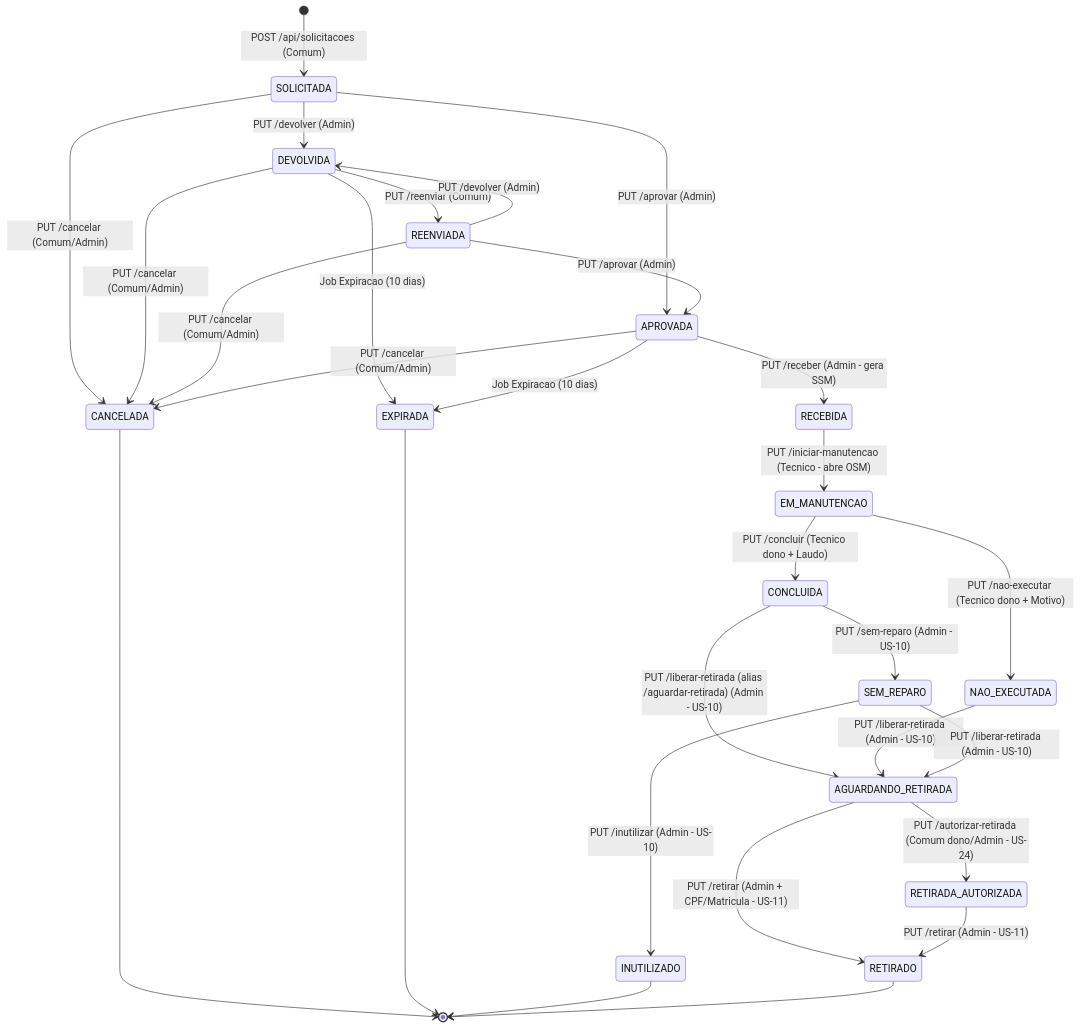
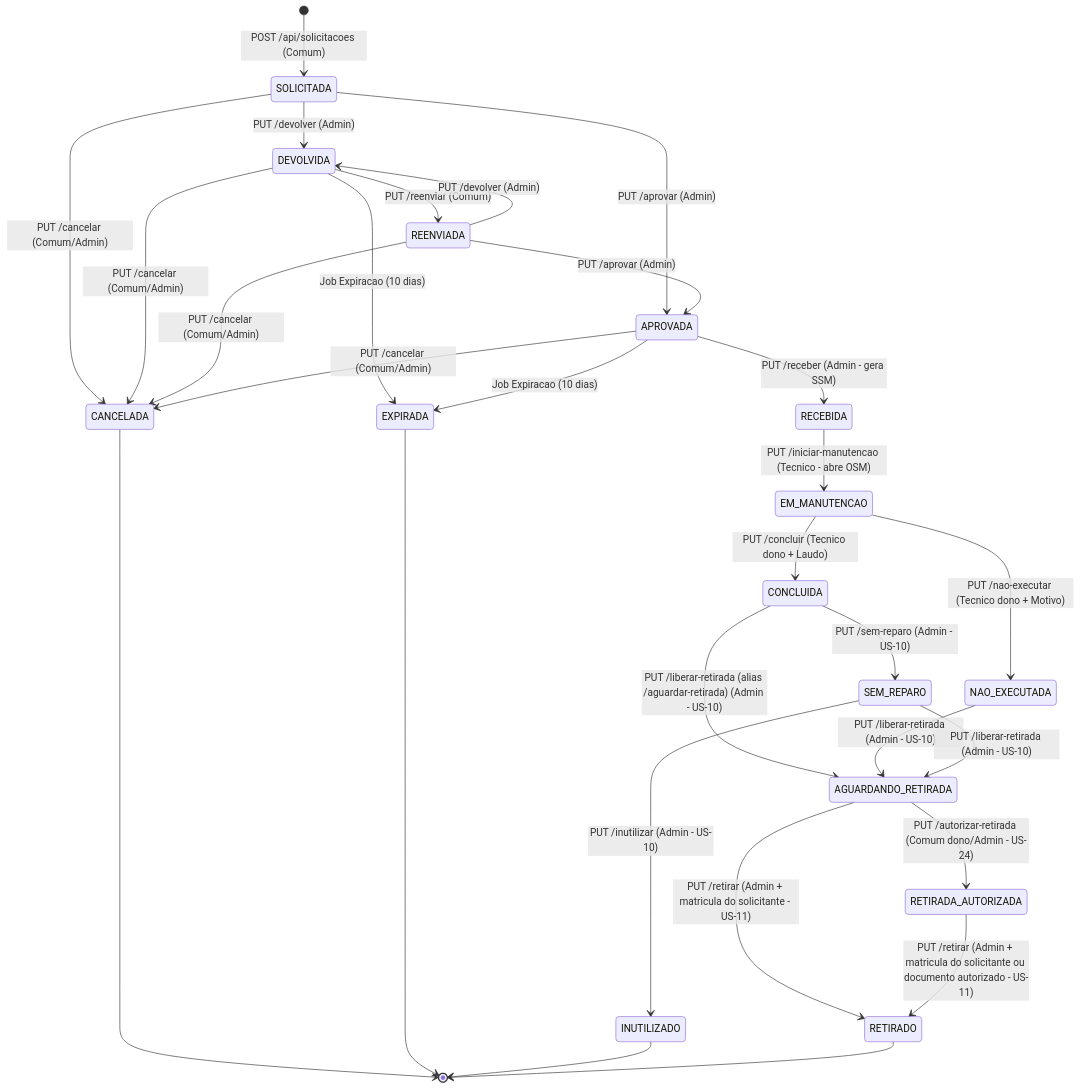
One commit to D-Franca-Almeida/PROJ_II_SISTEMA_DE_MANUTENCAO_BACKEND changed the diagram in README.md. Above: the diagram before and after it, drawn with Mermaid. The commit also changed other lines of this file, not shown here.

Commit message:
CPTM-19: review - README (retirar: matricula do solicitante/documento autorizado no diagrama e na tabela, contract.md sem link quebrado, credencial Comum, recriacao do banco em Development)

````diff
--- a/README.md
+++ b/README.md
@@ -28,40 +28,40 @@
 ```mermaid
 stateDiagram-v2
     [*] --> SOLICITADA : POST /api/solicitacoes (Comum)
     SOLICITADA --> APROVADA : PUT /aprovar (Admin)
     SOLICITADA --> DEVOLVIDA : PUT /devolver (Admin)
     SOLICITADA --> CANCELADA : PUT /cancelar (Comum/Admin)
 
     DEVOLVIDA --> REENVIADA : PUT /reenviar (Comum)
     DEVOLVIDA --> CANCELADA : PUT /cancelar (Comum/Admin)
     DEVOLVIDA --> EXPIRADA : Job Expiracao (10 dias)
 
     REENVIADA --> APROVADA : PUT /aprovar (Admin)
     REENVIADA --> DEVOLVIDA : PUT /devolver (Admin)
     REENVIADA --> CANCELADA : PUT /cancelar (Comum/Admin)
 
     APROVADA --> RECEBIDA : PUT /receber (Admin - gera SSM)
     APROVADA --> CANCELADA : PUT /cancelar (Comum/Admin)
     APROVADA --> EXPIRADA : Job Expiracao (10 dias)
 
     RECEBIDA --> EM_MANUTENCAO : PUT /iniciar-manutencao (Tecnico - abre OSM)
 
     EM_MANUTENCAO --> CONCLUIDA : PUT /concluir (Tecnico dono + Laudo)
     EM_MANUTENCAO --> NAO_EXECUTADA : PUT /nao-executar (Tecnico dono + Motivo)
 
     CONCLUIDA --> AGUARDANDO_RETIRADA : PUT /liberar-retirada (alias /aguardar-retirada) (Admin - US-10)
     CONCLUIDA --> SEM_REPARO : PUT /sem-reparo (Admin - US-10)
 
     NAO_EXECUTADA --> AGUARDANDO_RETIRADA : PUT /liberar-retirada (Admin - US-10)
     SEM_REPARO --> AGUARDANDO_RETIRADA : PUT /liberar-retirada (Admin - US-10)
     SEM_REPARO --> INUTILIZADO : PUT /inutilizar (Admin - US-10)
 
     AGUARDANDO_RETIRADA --> RETIRADA_AUTORIZADA : PUT /autorizar-retirada (Comum dono/Admin - US-24)
-    AGUARDANDO_RETIRADA --> RETIRADO : PUT /retirar (Admin + CPF/Matricula - US-11)
-    RETIRADA_AUTORIZADA --> RETIRADO : PUT /retirar (Admin - US-11)
+    AGUARDANDO_RETIRADA --> RETIRADO : PUT /retirar (Admin + matricula do solicitante - US-11)
+    RETIRADA_AUTORIZADA --> RETIRADO : PUT /retirar (Admin + matricula do solicitante ou documento autorizado - US-11)
 
     CANCELADA --> [*]
     EXPIRADA --> [*]
     INUTILIZADO --> [*]
     RETIRADO --> [*]
 ```
````
